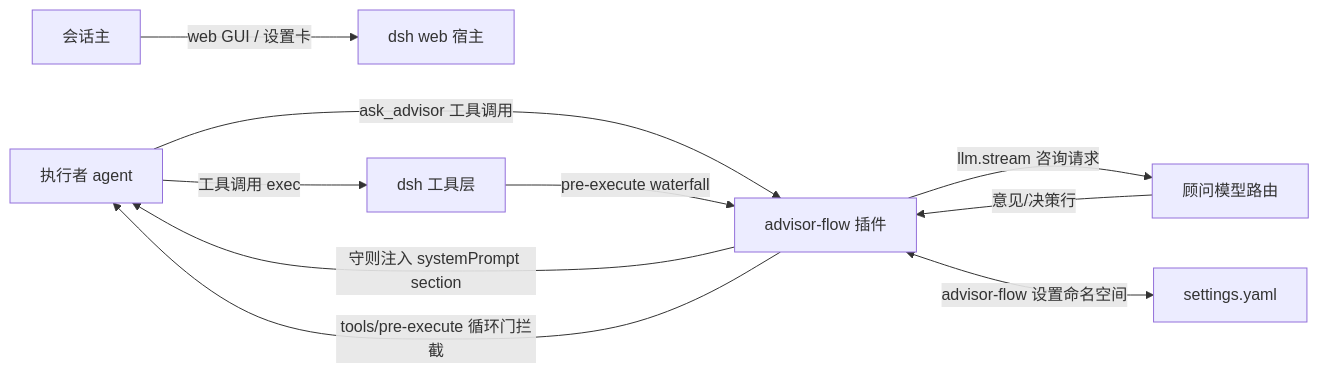
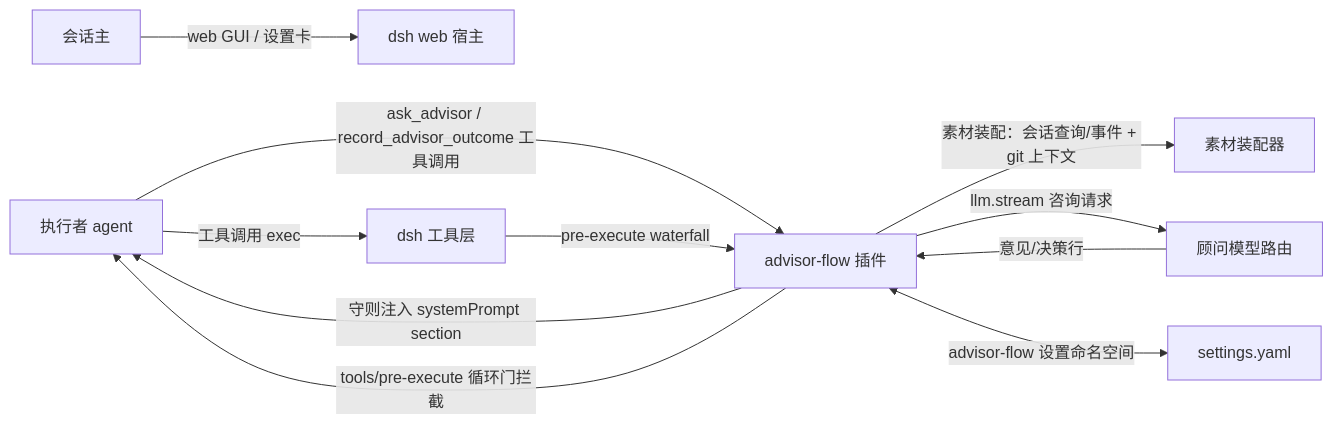
The first of 9 diagrams in SOLUTION.md (ccll/dsh-advisor-flow), drawn with Mermaid before and after one commit. The commit also changed other lines of this file and 20 other files, not shown here.

First line of the commit message:
📝 文档(map): 行为严格对齐 pi-advisor-flow 0.8.2 的需求与方案演进

````diff
--- a/SOLUTION.md
+++ b/SOLUTION.md
@@ -54,12 +56,13 @@
 ```mermaid
 flowchart LR
     owner[会话主] -->|web GUI / 设置卡| host[dsh web 宿主]
-    agent[执行者 agent] -->|ask_advisor 工具调用| plugin[advisor-flow 插件]
+    agent[执行者 agent] -->|ask_advisor / record_advisor_outcome 工具调用| plugin[advisor-flow 插件]
     plugin -->|守则注入 systemPrompt section| agent
     plugin -->|tools/pre-execute 循环门拦截| agent
     agent -->|工具调用 exec| tools[dsh 工具层]
     tools -->|pre-execute waterfall| plugin
+    plugin -->|素材装配：会话查询/事件 + git 上下文| material[素材装配器]
     plugin -->|llm.stream 咨询请求| route[顾问模型路由]
     route -->|意见/决策行| plugin
     plugin <-->|advisor-flow 设置命名空间| settings[settings.yaml]
 ```
````
